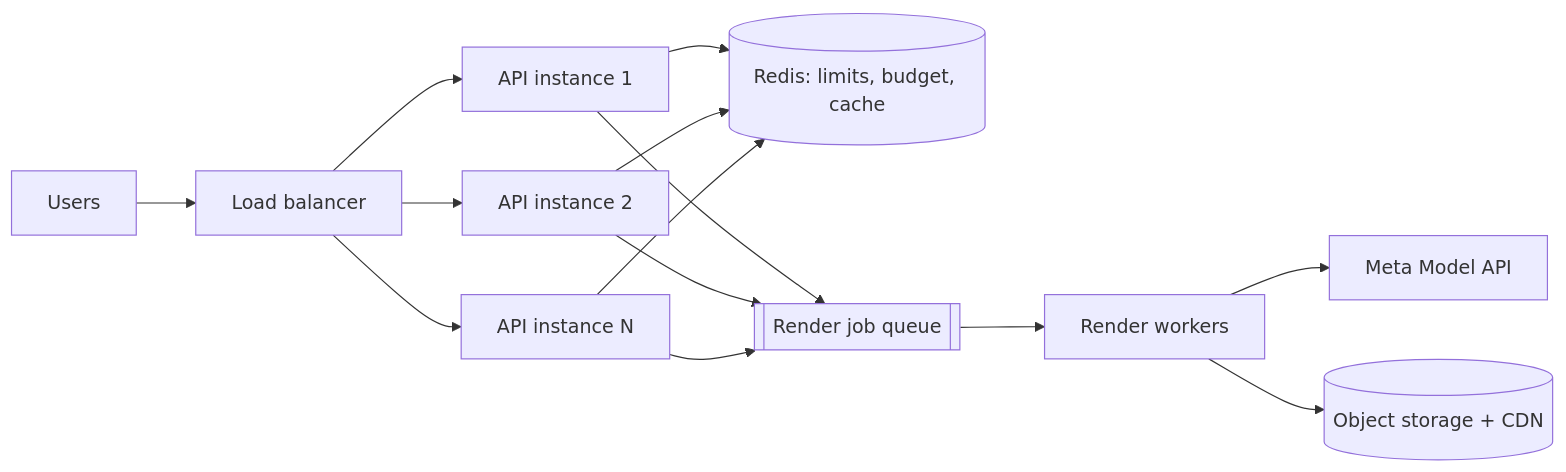
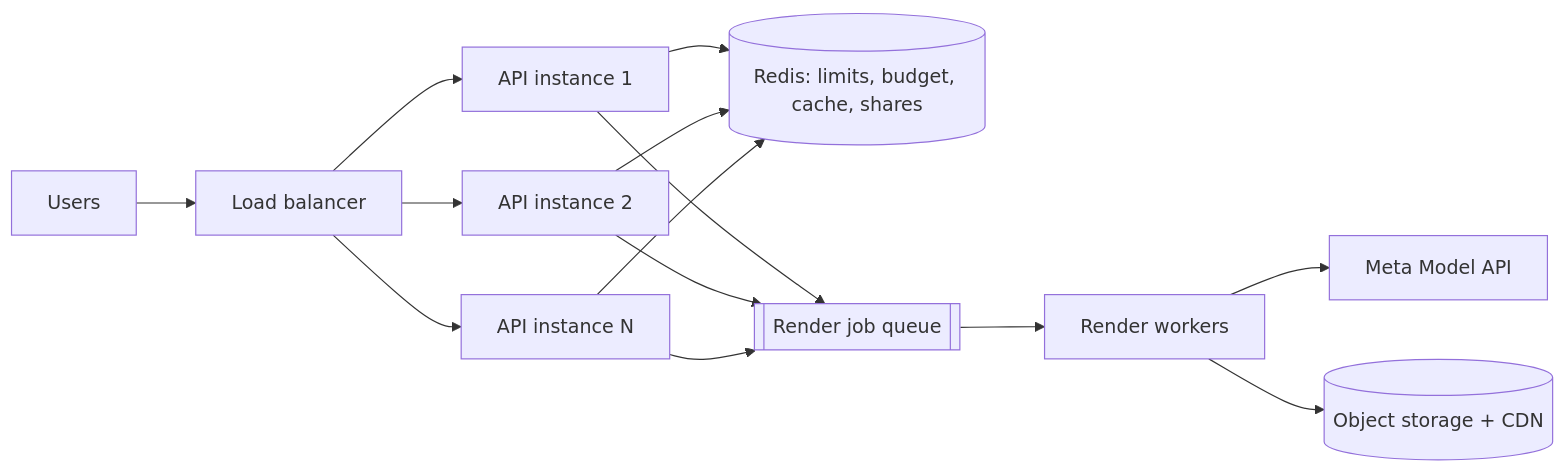
The third of 3 diagrams in README.md (Prakhargupta1994/SameRoom), drawn with Mermaid before and after one commit. The commit also changed other lines of this file, not shown here.

````diff
--- a/README.md
+++ b/README.md
@@ -126,16 +195,16 @@
 ```mermaid
 flowchart LR
   U["Users"] --> LB["Load balancer"]
   LB --> A1["API instance 1"]
   LB --> A2["API instance 2"]
   LB --> A3["API instance N"]
-  A1 --> RD[("Redis: limits, budget, cache")]
+  A1 --> RD[("Redis: limits, budget, cache, shares")]
   A2 --> RD
   A3 --> RD
   A1 --> Q[["Render job queue"]]
   A2 --> Q
   A3 --> Q
   Q --> W["Render workers"]
   W --> MM["Meta Model API"]
   W --> OS[("Object storage + CDN")]
 ```
````
